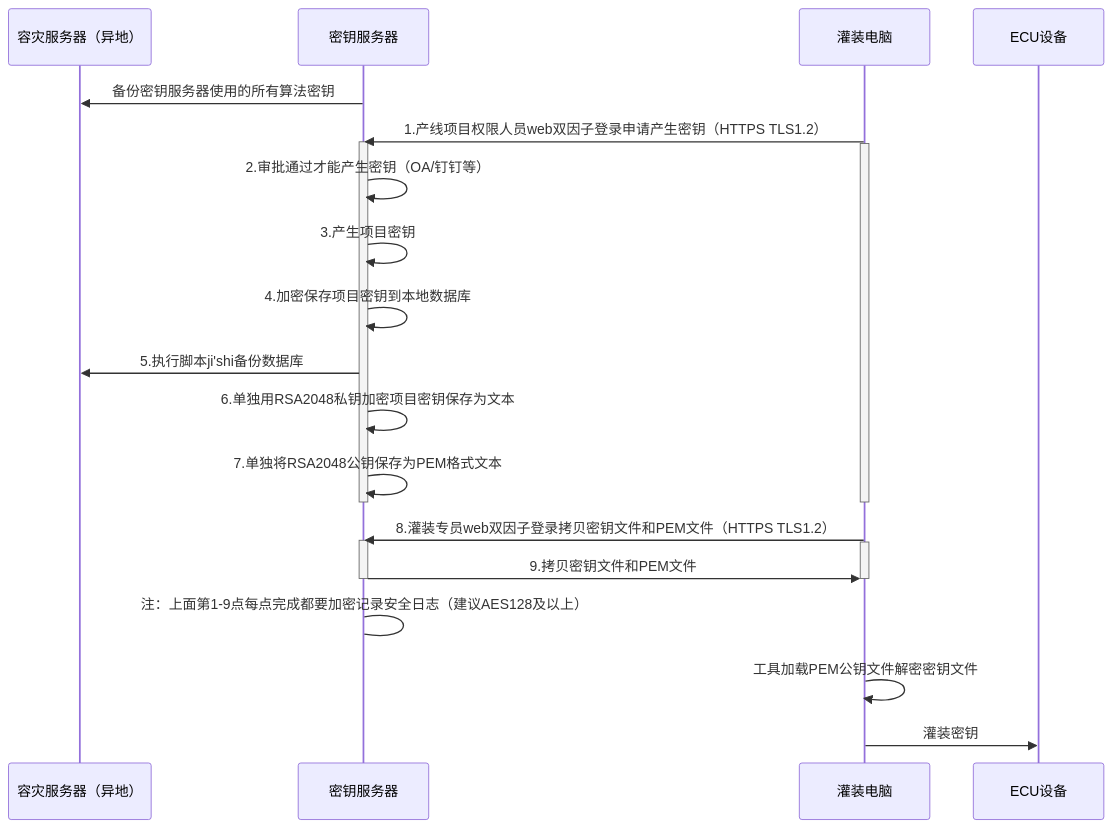
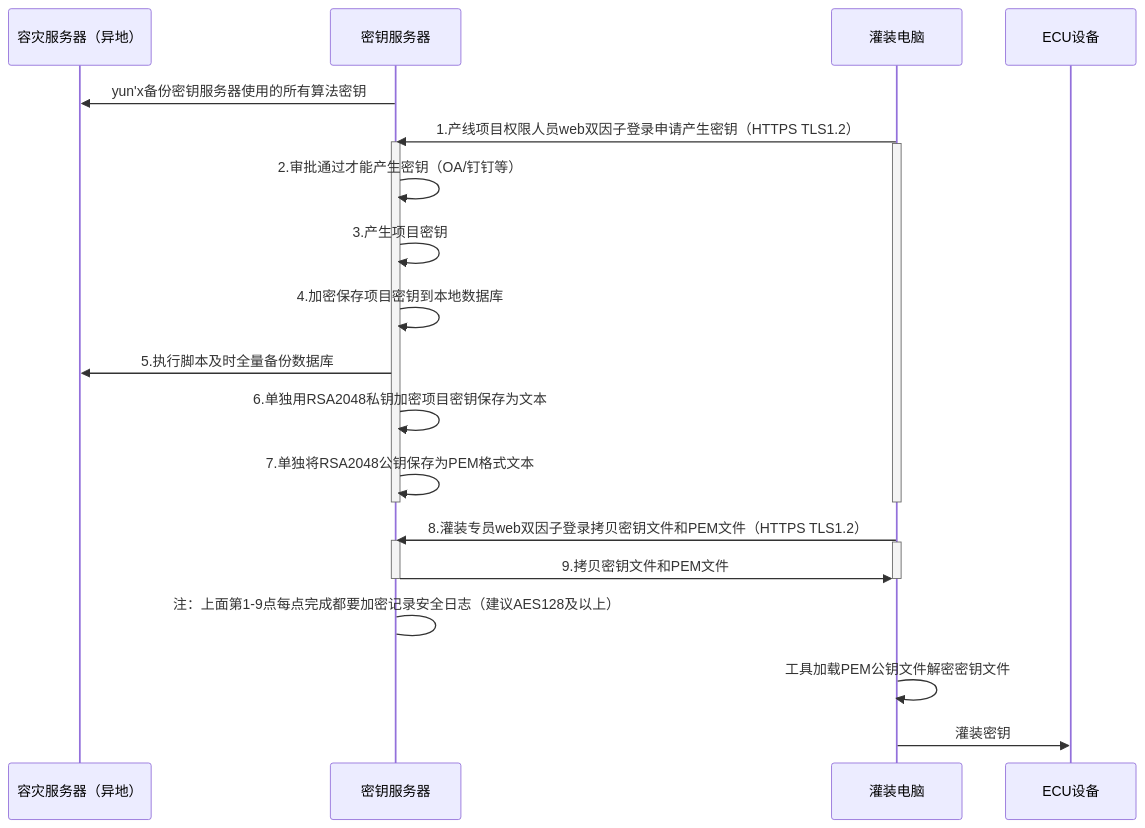
One commit to facebook-cloud/iodraw-files changed the diagram in all/未命名-15.md. Above: the diagram before and after it, drawn with Mermaid.

Commit message:
2026-02-12 16:20:47 update

````diff
--- a/all/未命名-15.md
+++ b/all/未命名-15.md
@@ -1,32 +1,32 @@
 ```mermaid
 sequenceDiagram
     participant A as 容灾服务器（异地）
     participant B as 密钥服务器
     participant D as 灌装电脑
     participant E as ECU设备
 
-    B->>A: 备份密钥服务器使用的所有算法密钥
+    B->>A: yun'x备份密钥服务器使用的所有算法密钥
     D->>B: 1.产线项目权限人员web双因子登录申请产生密钥（HTTPS TLS1.2）
     activate B
     activate D
     B->>B: 2.审批通过才能产生密钥（OA/钉钉等）
     B->>B: 3.产生项目密钥
     B->>B: 4.加密保存项目密钥到本地数据库
-    B->>A: 5.执行脚本ji'shi备份数据库
+    B->>A: 5.执行脚本及时全量备份数据库
     B->>B: 6.单独用RSA2048私钥加密项目密钥保存为文本
     B->>B: 7.单独将RSA2048公钥保存为PEM格式文本
     deactivate B
     deactivate D
     
     D->>B: 8.灌装专员web双因子登录拷贝密钥文件和PEM文件（HTTPS TLS1.2）
     activate B
     activate D
     B->>D: 9.拷贝密钥文件和PEM文件
     deactivate B
     deactivate D
     B->B: 注：上面第1-9点每点完成都要加密记录安全日志（建议AES128及以上）
 
     D->>D:工具加载PEM公钥文件解密密钥文件
     
     D->>E: 灌装密钥
 ```
````
